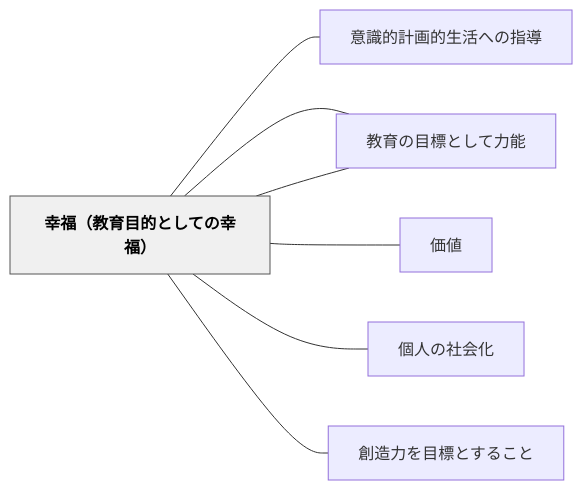
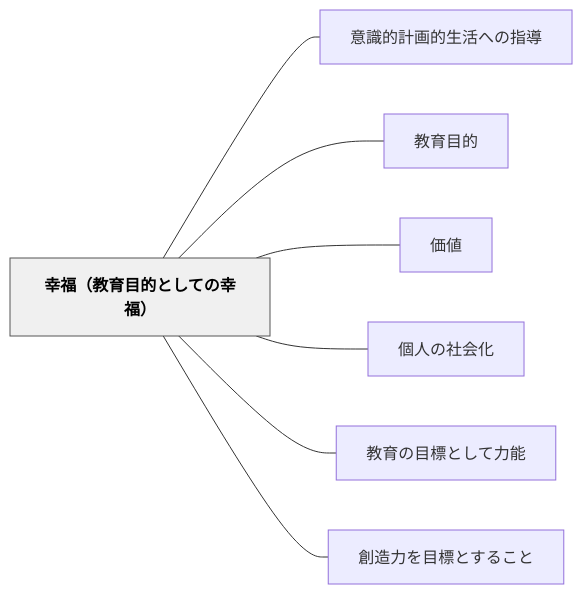
The diagram in content/パタン/幸福（教育目的としての幸福）.md (unknownthings-ed-patterns/unknownthings-ed-patterns), drawn with Mermaid before and after one commit. The commit also changed 527 other files, not shown here.

````diff
--- a/content/パタン/幸福（教育目的としての幸福）.md
+++ b/content/パタン/幸福（教育目的としての幸福）.md
@@ -118,20 +118,20 @@
 ```mermaid
 flowchart LR
-    ne5b9b8e7a68f["幸福（教育目的としての幸福）"]
-    ne6848fe8ad98["意識的計画的生活への指導"]
-    ne69599e882b2["教育目的"]
+    ne5b9b8e7a68fefbc88e69599e882b2e79baee79a84e381a8e38197e381a6e381aee5b9b8e7a68fefbc89["幸福（教育目的としての幸福）"]
+    ne6848fe8ad98e79a84e8a888e794bbe79a84e7949fe6b4bbe381b8e381aee68c87e5b08e["意識的計画的生活への指導"]
+    ne69599e882b2e79baee79a84["教育目的"]
     ne4bea1e580a4["価値"]
-    ne5808be4baba["個人の社会化"]
-    ne69599e882b2["教育の目標として力能"]
-    ne589b5e980a0["創造力を目標とすること"]
+    ne5808be4babae381aee7a4bee4bc9ae58c96["個人の社会化"]
+    ne69599e882b2e381aee79baee6a899e381a8e38197e381a6e58a9be883bd["教育の目標として力能"]
+    ne589b5e980a0e58a9be38292e79baee6a899e381a8e38199e3828be38193e381a8["創造力を目標とすること"]
 
-    ne5b9b8e7a68f --- ne6848fe8ad98
-    ne5b9b8e7a68f --- ne69599e882b2
-    ne5b9b8e7a68f --- ne4bea1e580a4
-    ne5b9b8e7a68f --- ne5808be4baba
-    ne5b9b8e7a68f --- ne69599e882b2
-    ne5b9b8e7a68f --- ne589b5e980a0
+    ne5b9b8e7a68fefbc88e69599e882b2e79baee79a84e381a8e38197e381a6e381aee5b9b8e7a68fefbc89 --- ne6848fe8ad98e79a84e8a888e794bbe79a84e7949fe6b4bbe381b8e381aee68c87e5b08e
+    ne5b9b8e7a68fefbc88e69599e882b2e79baee79a84e381a8e38197e381a6e381aee5b9b8e7a68fefbc89 --- ne69599e882b2e79baee79a84
+    ne5b9b8e7a68fefbc88e69599e882b2e79baee79a84e381a8e38197e381a6e381aee5b9b8e7a68fefbc89 --- ne4bea1e580a4
+    ne5b9b8e7a68fefbc88e69599e882b2e79baee79a84e381a8e38197e381a6e381aee5b9b8e7a68fefbc89 --- ne5808be4babae381aee7a4bee4bc9ae58c96
+    ne5b9b8e7a68fefbc88e69599e882b2e79baee79a84e381a8e38197e381a6e381aee5b9b8e7a68fefbc89 --- ne69599e882b2e381aee79baee6a899e381a8e38197e381a6e58a9be883bd
+    ne5b9b8e7a68fefbc88e69599e882b2e79baee79a84e381a8e38197e381a6e381aee5b9b8e7a68fefbc89 --- ne589b5e980a0e58a9be38292e79baee6a899e381a8e38199e3828be38193e381a8
 
     classDef hub fill:#f0f0f0,stroke:#555,color:#000,font-weight:bold
-    class ne5b9b8e7a68f hub
+    class ne5b9b8e7a68fefbc88e69599e882b2e79baee79a84e381a8e38197e381a6e381aee5b9b8e7a68fefbc89 hub
 ```
````
